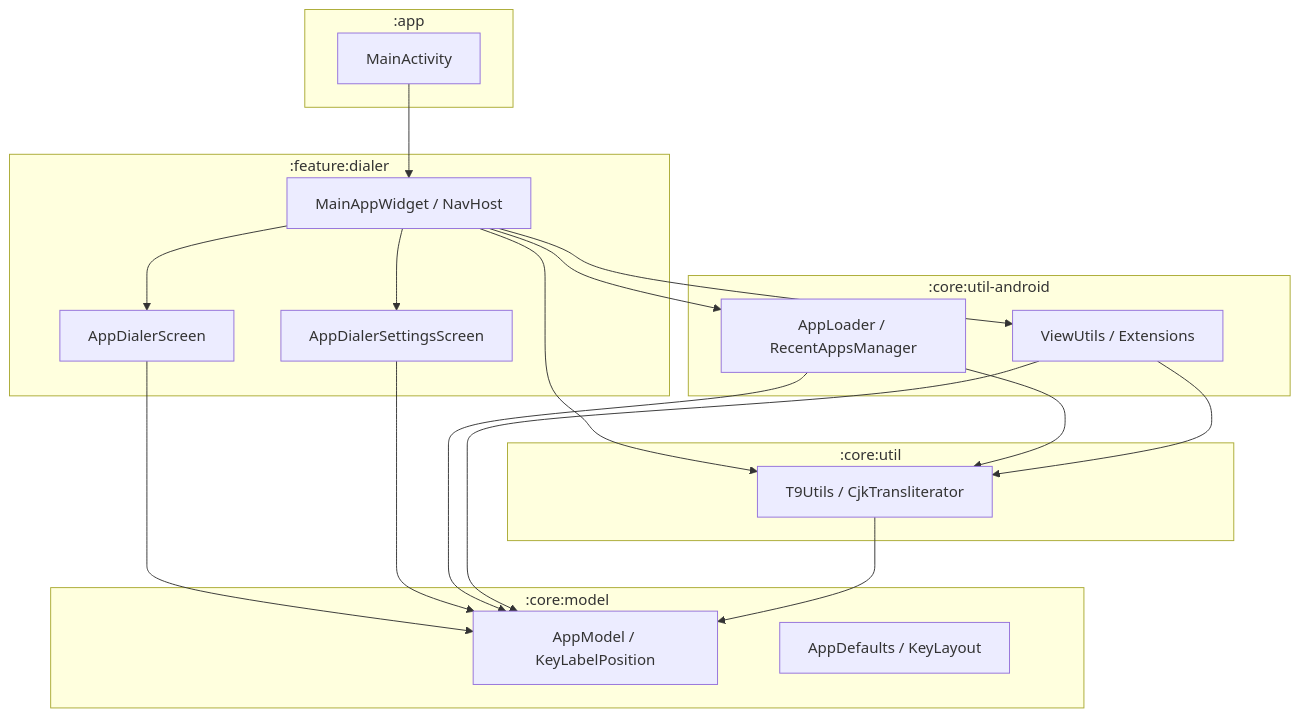
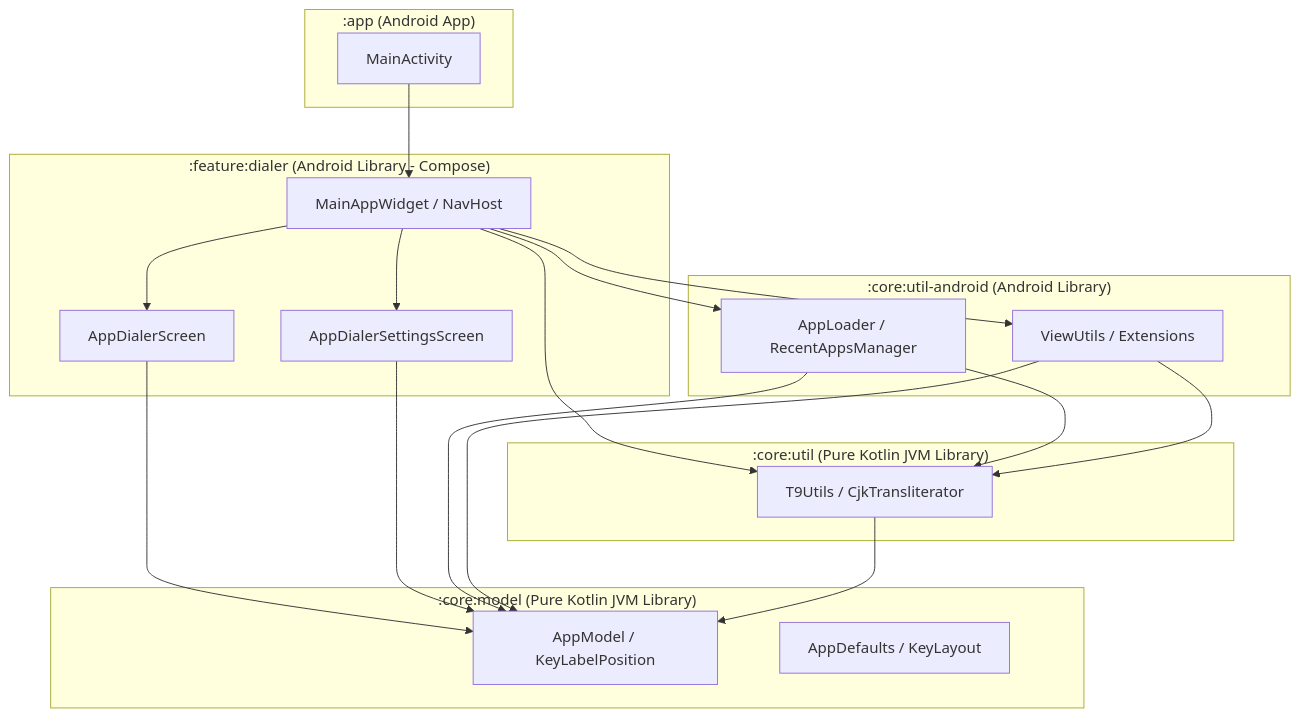
One commit to yongjhih/app-dialer-app changed the diagram in ARCHITECTURE.md. Above: the diagram before and after it, drawn with Mermaid. The commit also changed other lines of this file and 6 other files, not shown here.

Commit message:
refactor: Decouple :core:model and :core:util into pure Kotlin JVM modules with zero Android SDK dependencies for non-Android reuse

````diff
--- a/ARCHITECTURE.md
+++ b/ARCHITECTURE.md
@@ -11,40 +12,40 @@
 ```mermaid
 graph TD
-    subgraph ":app"
+    subgraph ":app (Android App)"
         A[MainActivity]
     end
 
-    subgraph ":feature:dialer"
+    subgraph ":feature:dialer (Android Library - Compose)"
         B[MainAppWidget / NavHost]
         C[AppDialerScreen]
         D[AppDialerSettingsScreen]
     end
 
-    subgraph ":core:util-android"
+    subgraph ":core:util-android (Android Library)"
         E[AppLoader / RecentAppsManager]
         F[ViewUtils / Extensions]
     end
 
-    subgraph ":core:util"
+    subgraph ":core:util (Pure Kotlin JVM Library)"
         G[T9Utils / CjkTransliterator]
     end
 
-    subgraph ":core:model"
+    subgraph ":core:model (Pure Kotlin JVM Library)"
         H[AppModel / KeyLabelPosition]
         I[AppDefaults / KeyLayout]
     end
 
     A --> B
     B --> C
     B --> D
     B --> E
     B --> F
     B --> G
     E --> G
     F --> G
     C --> H
     D --> H
     E --> H
     F --> H
     G --> H
 ```
````
